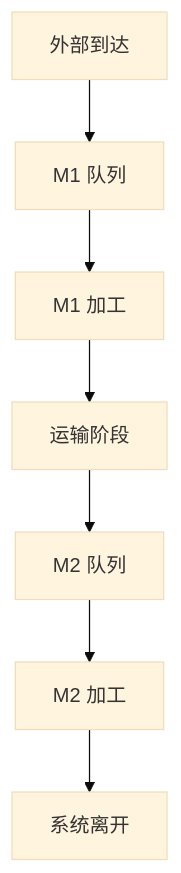
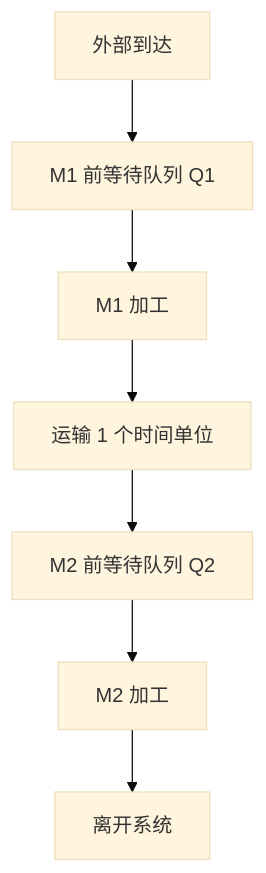
The first of 2 diagrams in manual-event-simulation/00-concepts-and-rules.md (ZeyuYu713/system-simulation-learning), drawn with Mermaid (base theme) before and after one commit. The commit also changed other lines of this file, not shown here.

````diff
--- a/manual-event-simulation/00-concepts-and-rules.md
+++ b/manual-event-simulation/00-concepts-and-rules.md
@@ -11,9 +11,9 @@
 ```mermaid
 flowchart TD
-  A["外部到达"] --> Q1["M1 队列"]
+  A["外部到达"] --> Q1["M1 前等待队列 Q1"]
   Q1 --> M1["M1 加工"]
-  M1 --> T["运输阶段"]
-  T --> Q2["M2 队列"]
+  M1 --> T["运输 1 个时间单位"]
+  T --> Q2["M2 前等待队列 Q2"]
   Q2 --> M2["M2 加工"]
-  M2 --> D["系统离开"]
+  M2 --> D["离开系统"]
 ```
````
